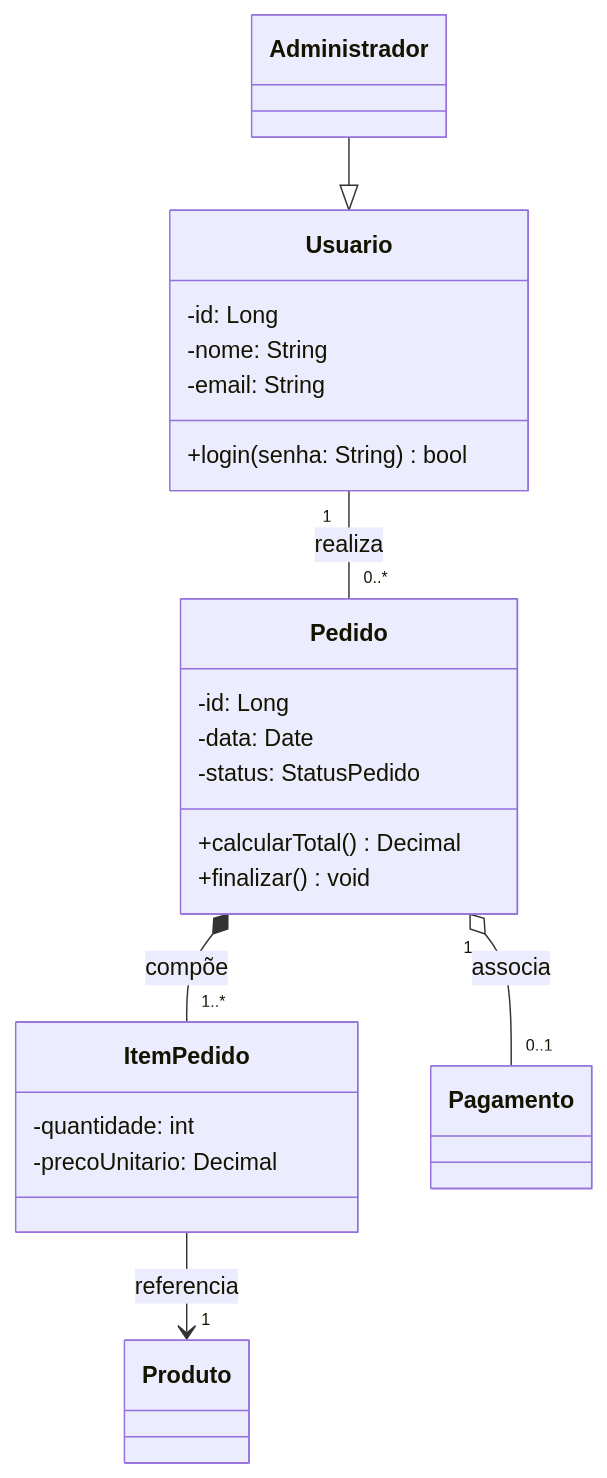
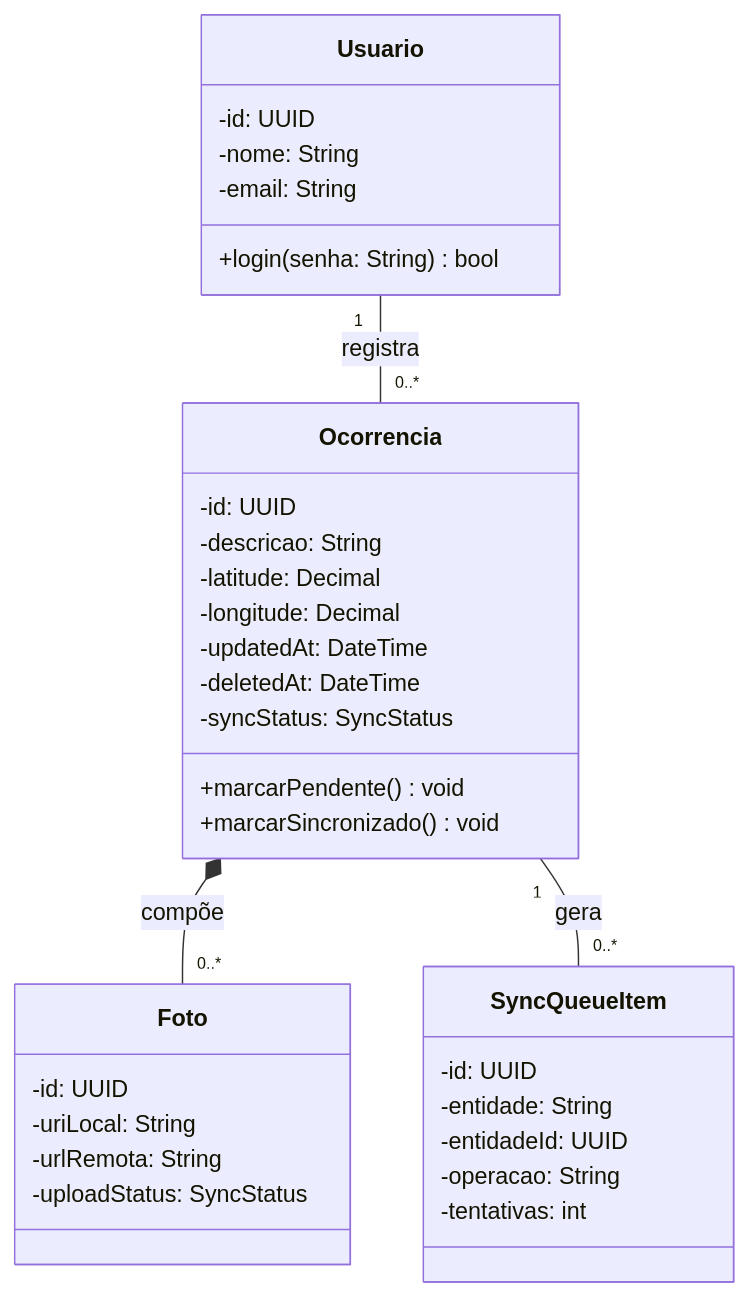
The second of 10 diagrams in agent_tools/SKILL.md (JpCobraC/SindiFlow), drawn with Mermaid before and after one commit. The commit also changed other lines of this file and 1 other file, not shown here.

````diff
--- a/agent_tools/SKILL.md
+++ b/agent_tools/SKILL.md
@@ -85,29 +124,37 @@
 ```mermaid
 classDiagram
     class Usuario {
-        -id: Long
+        -id: UUID
         -nome: String
         -email: String
         +login(senha: String) bool
     }
-    class Administrador
-    class Pedido {
-        -id: Long
-        -data: Date
-        -status: StatusPedido
-        +calcularTotal() Decimal
-        +finalizar() void
+    class Ocorrencia {
+        -id: UUID
+        -descricao: String
+        -latitude: Decimal
+        -longitude: Decimal
+        -updatedAt: DateTime
+        -deletedAt: DateTime
+        -syncStatus: SyncStatus
+        +marcarPendente() void
+        +marcarSincronizado() void
     }
-    class ItemPedido {
-        -quantidade: int
-        -precoUnitario: Decimal
+    class Foto {
+        -id: UUID
+        -uriLocal: String
+        -urlRemota: String
+        -uploadStatus: SyncStatus
     }
-    class Produto
-    class Pagamento
+    class SyncQueueItem {
+        -id: UUID
+        -entidade: String
+        -entidadeId: UUID
+        -operacao: String
+        -tentativas: int
+    }
 
-    Administrador --|> Usuario
-    Usuario "1" -- "0..*" Pedido : realiza
-    Pedido *-- "1..*" ItemPedido : compõe
-    ItemPedido --> "1" Produto : referencia
-    Pedido "1" o-- "0..1" Pagamento : associa
+    Usuario "1" -- "0..*" Ocorrencia : registra
+    Ocorrencia *-- "0..*" Foto : compõe
+    Ocorrencia "1" -- "0..*" SyncQueueItem : gera
 ```
````
